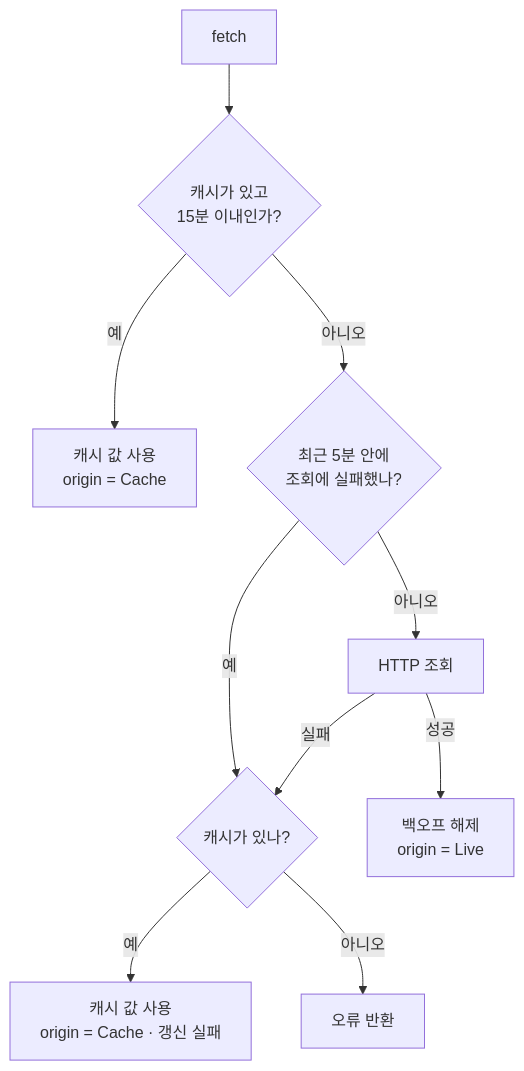
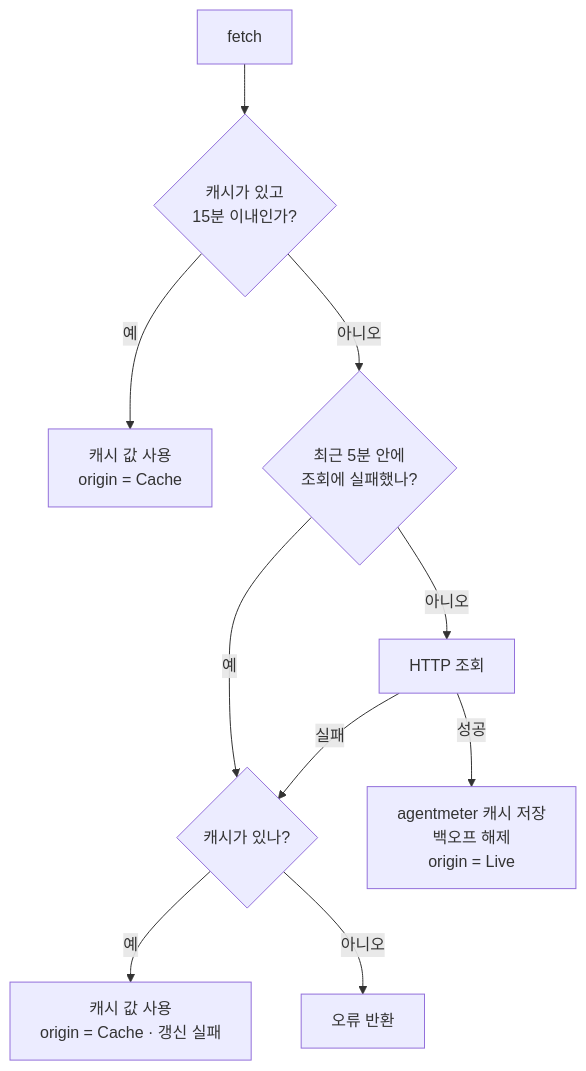
The diagram in docs/ccmeter.md (yoophi/agentmeter), drawn with Mermaid before and after one commit. The commit also changed other lines of this file and 12 other files, not shown here.

````diff
--- a/docs/ccmeter.md
+++ b/docs/ccmeter.md
@@ -43,12 +44,12 @@
 ```mermaid
 flowchart TD
     A[fetch] --> B{캐시가 있고<br/>15분 이내인가?}
     B -->|예| C[캐시 값 사용<br/>origin = Cache]
     B -->|아니오| D{최근 5분 안에<br/>조회에 실패했나?}
     D -->|예| H
     D -->|아니오| F[HTTP 조회]
-    F -->|성공| G[백오프 해제<br/>origin = Live]
+    F -->|성공| G[agentmeter 캐시 저장<br/>백오프 해제<br/>origin = Live]
     F -->|실패| H{캐시가 있나?}
     H -->|예| E[캐시 값 사용<br/>origin = Cache · 갱신 실패]
     H -->|아니오| I[오류 반환]
 ```
````
